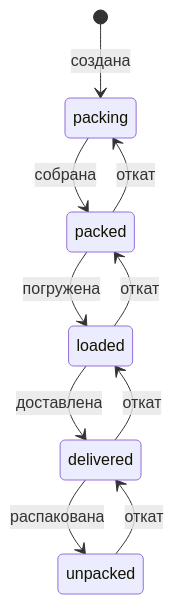
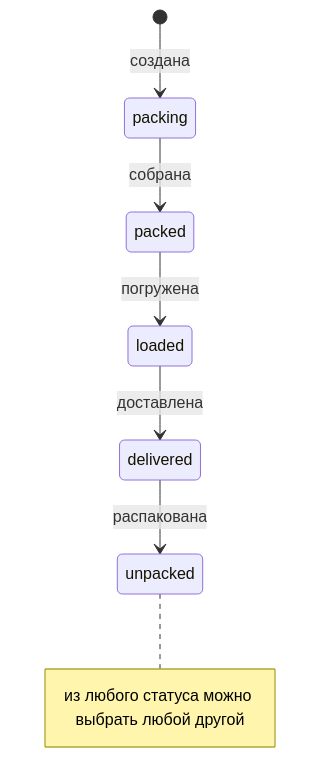
Before and after one commit to lesazizkin-blip/PROD: the first of 3 diagrams in docs/ARCHITECTURE.md, drawn with Mermaid. The commit also changed other lines of this file and 29 other files, not shown here.

````diff
--- a/docs/ARCHITECTURE.md
+++ b/docs/ARCHITECTURE.md
@@ -47,12 +47,9 @@
 ```mermaid
 stateDiagram-v2
     [*] --> packing: создана
     packing --> packed: собрана
     packed --> loaded: погружена
     loaded --> delivered: доставлена
     delivered --> unpacked: распакована
-    packed --> packing: откат
-    loaded --> packed: откат
-    delivered --> loaded: откат
-    unpacked --> delivered: откат
+    note right of unpacked: из любого статуса можно выбрать любой другой
 ```
````
